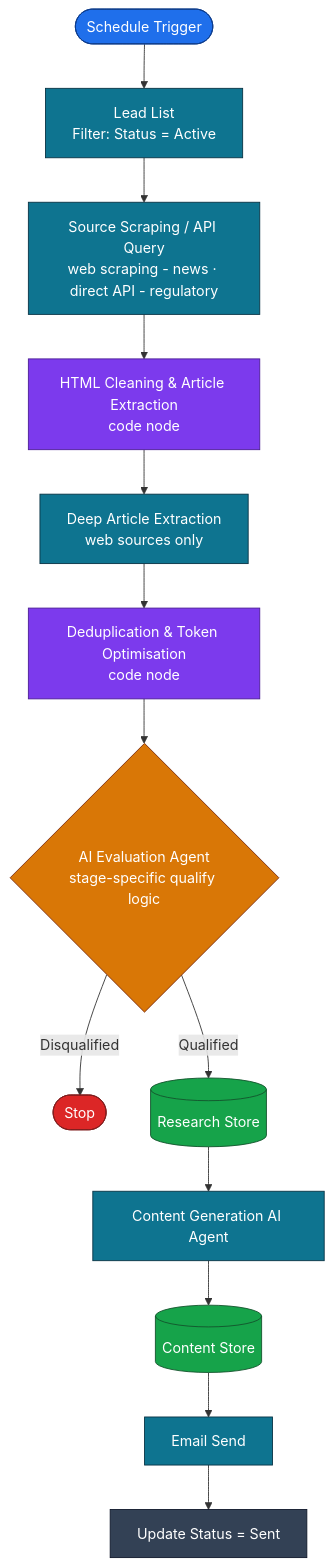
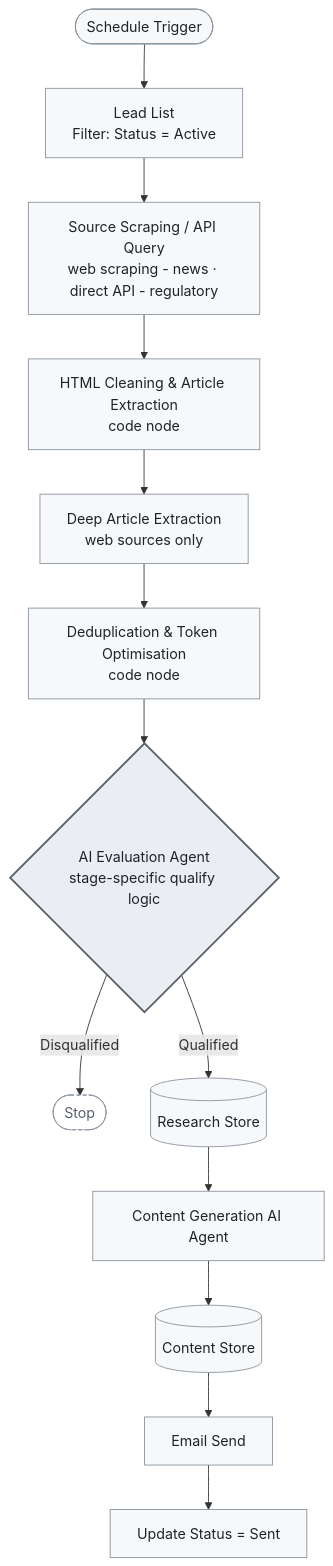
One commit to epjd/automated-lead-research-system changed the diagram in README.md. Above: the diagram before and after it, drawn with Mermaid.

````diff
--- a/README.md
+++ b/README.md
@@ -26,32 +26,23 @@
 ```mermaid
 flowchart TD
     A([Schedule Trigger]) --> B[Lead List<br/>Filter: Status = Active]
     B --> C[Source Scraping / API Query<br/>web scraping - news · direct API - regulatory]
     C --> D[HTML Cleaning &amp; Article Extraction<br/>code node]
     D --> E[Deep Article Extraction<br/>web sources only]
     E --> F[Deduplication &amp; Token Optimisation<br/>code node]
     F --> G{AI Evaluation Agent<br/>stage-specific qualify logic}
     G -->|Disqualified| H([Stop])
     G -->|Qualified| I[(Research Store)]
     I --> J[Content Generation AI Agent]
     J --> K[(Content Store)]
     K --> L[Email Send]
     L --> M[Update Status = Sent]
 
-    classDef trigger fill:#1f6feb,stroke:#0b3a8a,color:#fff;
-    classDef process fill:#0e7490,stroke:#083344,color:#fff;
-    classDef code fill:#7c3aed,stroke:#4c1d95,color:#fff;
-    classDef gate fill:#d97706,stroke:#7c2d12,color:#fff;
-    classDef store fill:#16a34a,stroke:#14532d,color:#fff;
-    classDef stop fill:#dc2626,stroke:#7f1d1d,color:#fff;
-    classDef done fill:#334155,stroke:#0f172a,color:#fff;
+    classDef base fill:#f6f8fa,stroke:#8b949e,color:#1f2328;
+    classDef gate fill:#eaeef2,stroke:#57606a,color:#1f2328,stroke-width:2px;
+    classDef stop fill:#fff,stroke:#8b949e,color:#57606a,stroke-dasharray:4 3;
 
-    class A trigger;
-    class B,C,E process;
-    class D,F code;
+    class A,B,C,D,E,F,I,J,K,L,M base;
     class G gate;
-    class I,K store;
     class H stop;
-    class J,L process;
-    class M done;
 ```
````
